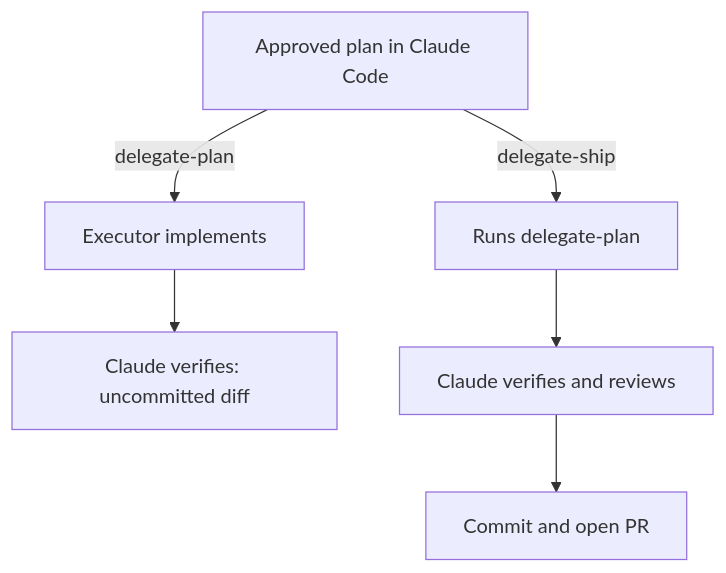
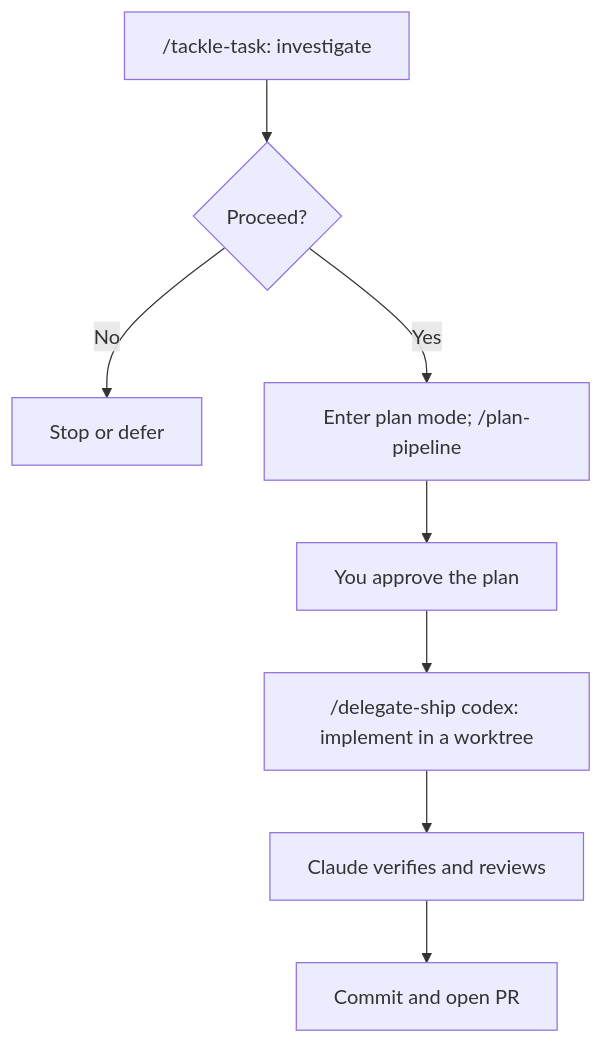
One commit to gtapps/skills changed the second of 2 diagrams in README.md. Above: the diagram before and after it, drawn with Mermaid. The commit also changed other lines of this file, not shown here.

````diff
--- a/README.md
+++ b/README.md
@@ -113,8 +79,10 @@
 ```mermaid
 flowchart TD
-    plan["Approved plan in Claude Code"] -->|"delegate-plan"| implement["Executor implements"]
-    implement --> verified["Claude verifies: uncommitted diff"]
-    plan -->|"delegate-ship"| ship["Runs delegate-plan"]
-    ship --> review["Claude verifies and reviews"]
+    issue["/tackle-task: investigate"] --> decision{"Proceed?"}
+    decision -->|No| stop["Stop or defer"]
+    decision -->|Yes| plan["Enter plan mode; /plan-pipeline"]
+    plan --> approval["You approve the plan"]
+    approval --> delegate["/delegate-ship codex: implement in a worktree"]
+    delegate --> review["Claude verifies and reviews"]
     review --> pr["Commit and open PR"]
 ```
````
